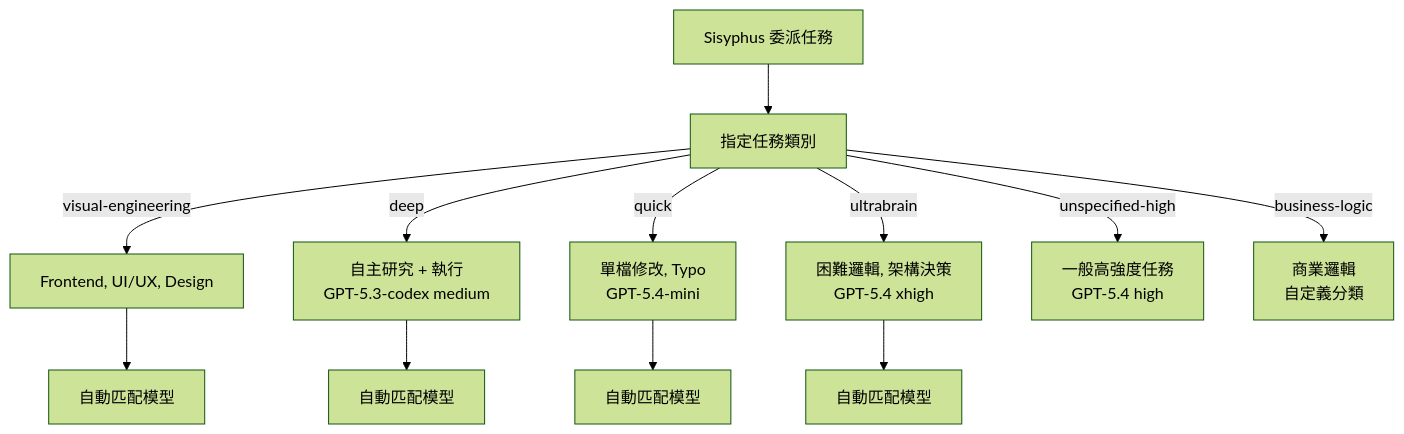
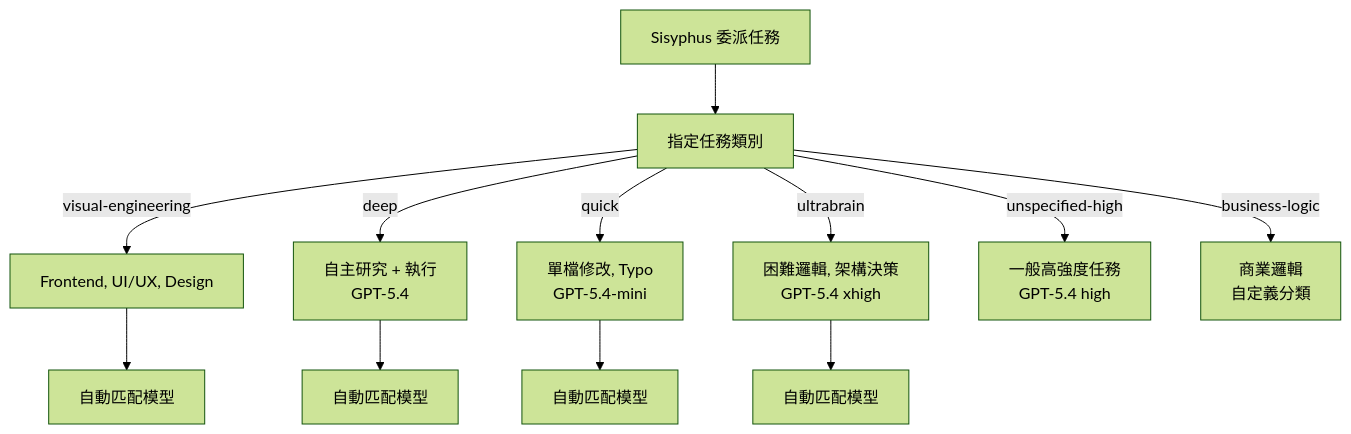
The second of 18 diagrams in content/posts/教學/AI開發/oh-my-openagent（Oh My OpenCode, OMO）教學手冊.md (chihhung/Blog), drawn with Mermaid (forest theme) before and after one commit. The commit also changed other lines of this file and 3 other files, not shown here.

````diff
--- a/content/posts/教學/AI開發/oh-my-openagent（Oh My OpenCode, OMO）教學手冊.md
+++ b/content/posts/教學/AI開發/oh-my-openagent（Oh My OpenCode, OMO）教學手冊.md
@@ -248,16 +253,16 @@
 ```mermaid
 flowchart TD
     Sisyphus["Sisyphus 委派任務"] --> Category["指定任務類別"]
     
     Category -->|"visual-engineering"| VE["Frontend, UI/UX, Design"]
-    Category -->|"deep"| Deep["自主研究 + 執行<br/>GPT-5.3-codex medium"]
+    Category -->|"deep"| Deep["自主研究 + 執行<br/>GPT-5.4"]
     Category -->|"quick"| Quick["單檔修改, Typo<br/>GPT-5.4-mini"]
     Category -->|"ultrabrain"| UB["困難邏輯, 架構決策<br/>GPT-5.4 xhigh"]
     Category -->|"unspecified-high"| UH["一般高強度任務<br/>GPT-5.4 high"]
     Category -->|"business-logic"| BL["商業邏輯<br/>自定義分類"]
     
     VE --> Model1["自動匹配模型"]
     Deep --> Model2["自動匹配模型"]
     Quick --> Model3["自動匹配模型"]
     UB --> Model4["自動匹配模型"]
 ```
````
